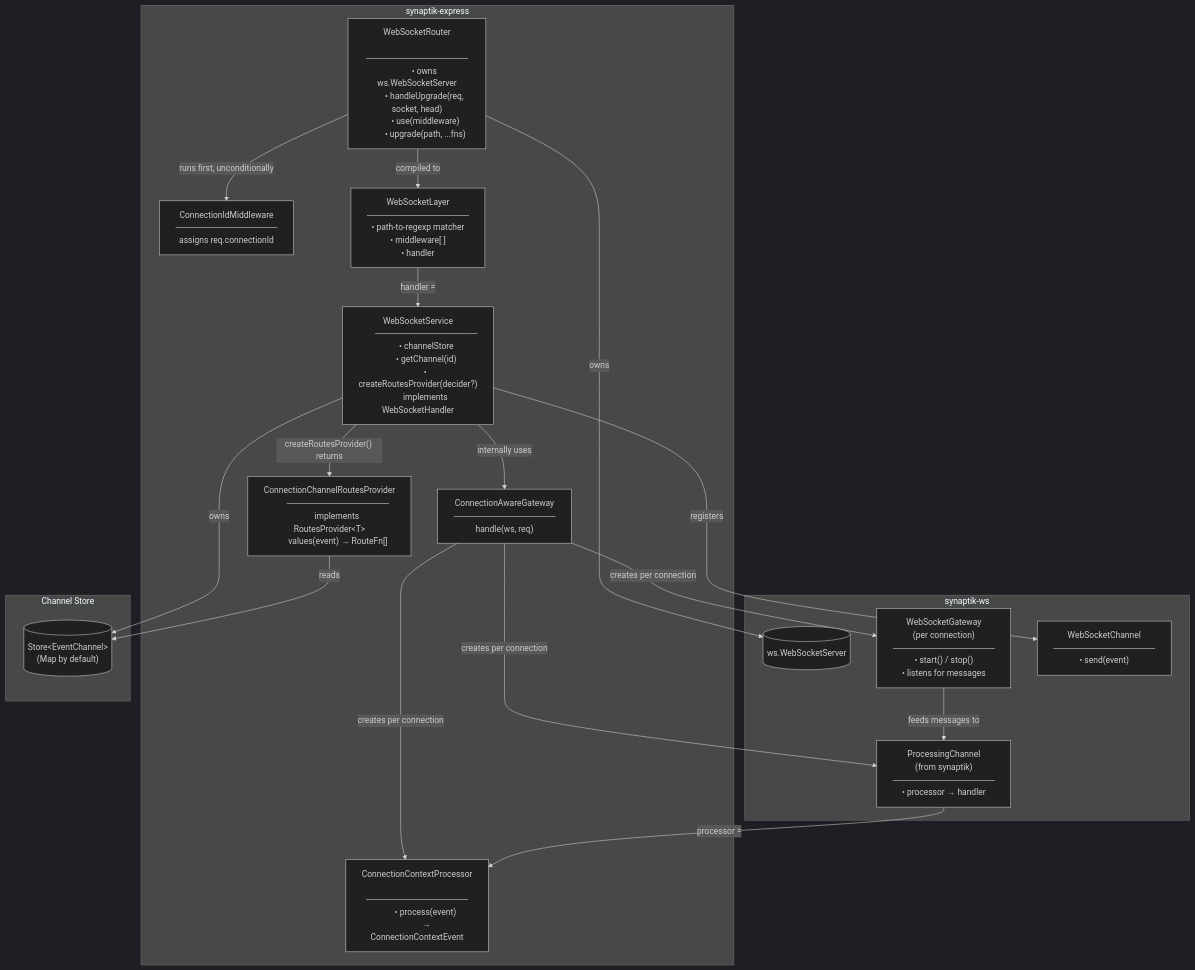
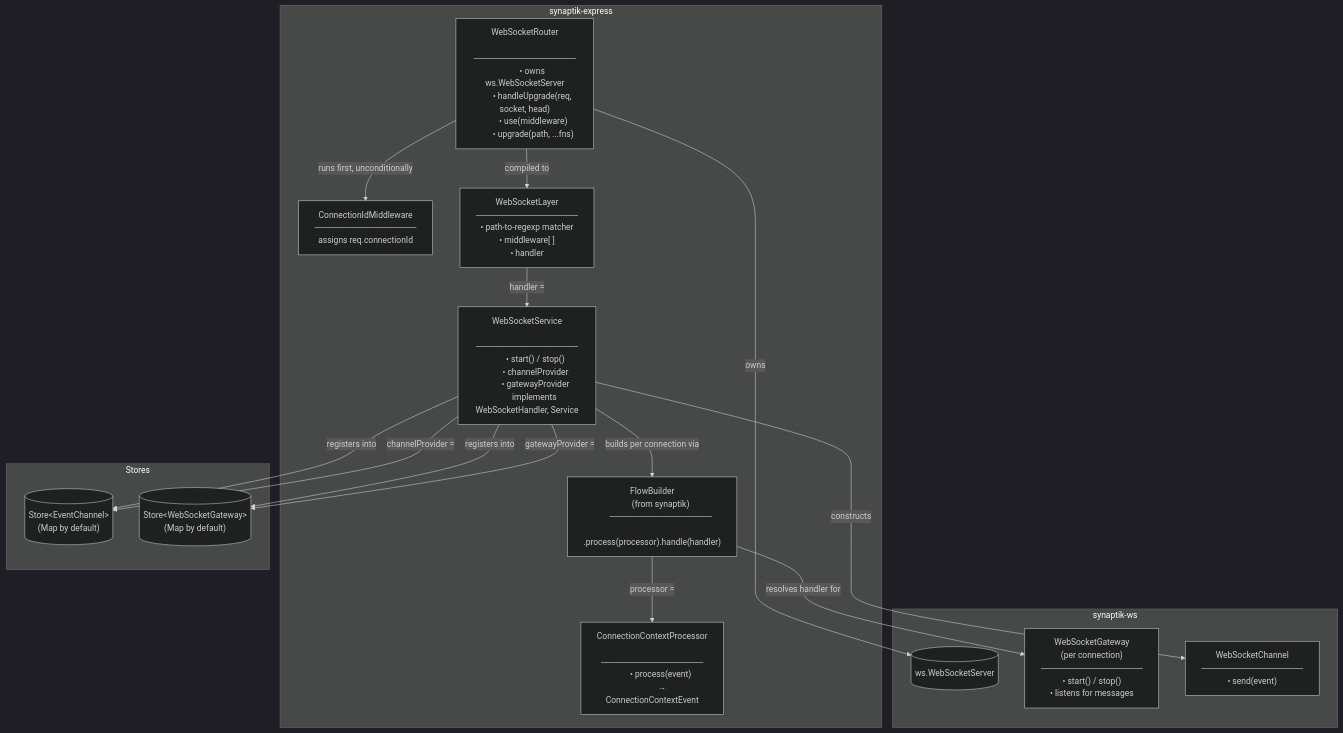
One commit to sektek/synaptik-express changed the first of 4 diagrams in docs/web-socket.md. Above: the diagram before and after it, drawn with Mermaid (dark theme). The commit also changed other lines of this file and 4 other files, not shown here.

First line of the commit message:
refactor: reshape WebSocketService into a connection registry

````diff
--- a/docs/web-socket.md
+++ b/docs/web-socket.md
@@ -11,81 +11,72 @@
 ```mermaid
 graph TB
     subgraph synaptik-express
         ROUTER["WebSocketRouter
         ─────────────────
         • owns ws.WebSocketServer
         • handleUpgrade(req, socket, head)
         • use(middleware)
         • upgrade(path, ...fns)"]
 
         CIM["ConnectionIdMiddleware
         ─────────────────
         assigns req.connectionId"]
 
         LAYER["WebSocketLayer
         ─────────────────
         • path-to-regexp matcher
         • middleware[ ]
         • handler"]
 
         SVC["WebSocketService
         ─────────────────
-        • channelStore
-        • getChannel(id)
-        • createRoutesProvider(decider?)
-        implements WebSocketHandler"]
-
-        CAG["ConnectionAwareGateway
-        ─────────────────
-        handle(ws, req)"]
-
-        CCRP["ConnectionChannelRoutesProvider
-        ─────────────────
-        implements RoutesProvider&lt;T&gt;
-        values(event) → RouteFn[]"]
+        • start() / stop()
+        • channelProvider
+        • gatewayProvider
+        implements WebSocketHandler, Service"]
 
         PROC["ConnectionContextProcessor
         ─────────────────
         • process(event)
           → ConnectionContextEvent"]
+
+        FLOW["FlowBuilder
+        (from synaptik)
+        ─────────────────
+        .process(processor).handle(handler)"]
     end
 
     subgraph synaptik-ws
         WSS[("ws.WebSocketServer")]
 
         GW["WebSocketGateway
         (per connection)
         ─────────────────
         • start() / stop()
         • listens for messages"]
 
         CH["WebSocketChannel
         ─────────────────
         • send(event)"]
-
-        PC["ProcessingChannel
-        (from synaptik)
-        ─────────────────
-        • processor → handler"]
     end
 
-    subgraph "Channel Store"
-        STORE[("Store&lt;EventChannel&gt;
+    subgraph "Stores"
+        CSTORE[("Store&lt;EventChannel&gt;
+        (Map by default)")]
+        GSTORE[("Store&lt;WebSocketGateway&gt;
         (Map by default)")]
     end
 
     ROUTER -->|"owns"| WSS
     ROUTER -->|"runs first, unconditionally"| CIM
     ROUTER -->|"compiled to"| LAYER
     LAYER -->|"handler ="| SVC
-    SVC -->|"owns"| STORE
-    SVC -->|"internally uses"| CAG
-    CAG -->|"creates per connection"| GW
-    CAG -->|"creates per connection"| PROC
-    CAG -->|"creates per connection"| PC
-    GW -->|"feeds messages to"| PC
-    PC -->|"processor ="| PROC
-    SVC -->|"registers"| CH
-    SVC -->|"createRoutesProvider() returns"| CCRP
-    CCRP -->|"reads"| STORE
+    SVC -->|"registers into"| CSTORE
+    SVC -->|"registers into"| GSTORE
+    SVC -->|"builds per connection via"| FLOW
+    FLOW -->|"processor ="| PROC
+    FLOW -->|"resolves handler for"| GW
+    SVC -->|"constructs"| CH
+    SVC -->|"channelProvider = "| CSTORE
+    SVC -->|"gatewayProvider = "| GSTORE
 ```
````
